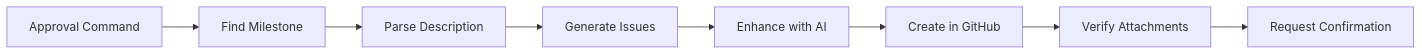
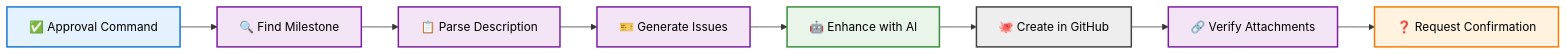
Before and after one commit to larp0/uwularpy: the fifth of 5 diagrams in AT_L_PLAN_COMPLETE_DOCUMENTATION.md, drawn with Mermaid. The commit also changed other lines of this file and 1 other file, not shown here.

Commit message:
Improve mermaid diagrams with enhanced styling, icons, and visual hierarchy

````diff
--- a/AT_L_PLAN_COMPLETE_DOCUMENTATION.md
+++ b/AT_L_PLAN_COMPLETE_DOCUMENTATION.md
@@ -224,10 +283,23 @@
 ```mermaid
 flowchart LR
-    A[Approval Command] --> B[Find Milestone]
-    B --> C[Parse Description]
-    C --> D[Generate Issues]
-    D --> E[Enhance with AI]
-    E --> F[Create in GitHub]
-    F --> G[Verify Attachments]
-    G --> H[Request Confirmation]
+    A[✅ Approval Command] --> B[🔍 Find Milestone]
+    B --> C[📋 Parse Description]
+    C --> D[🎫 Generate Issues]
+    D --> E[🤖 Enhance with AI]
+    E --> F[🐙 Create in GitHub]
+    F --> G[🔗 Verify Attachments]
+    G --> H[❓ Request Confirmation]
+    
+    %% Consistent styling with Phase 1
+    classDef userAction fill:#e3f2fd,stroke:#1976d2,stroke-width:2px,color:#000
+    classDef systemProcess fill:#f3e5f5,stroke:#7b1fa2,stroke-width:2px,color:#000
+    classDef aiProcess fill:#e8f5e8,stroke:#388e3c,stroke-width:2px,color:#000
+    classDef output fill:#fff3e0,stroke:#f57c00,stroke-width:2px,color:#000
+    classDef gitHubAction fill:#eeeeee,stroke:#424242,stroke-width:2px,color:#000
+    
+    class A userAction
+    class B,C,D,G systemProcess
+    class E aiProcess
+    class F gitHubAction
+    class H output
 ```
````
